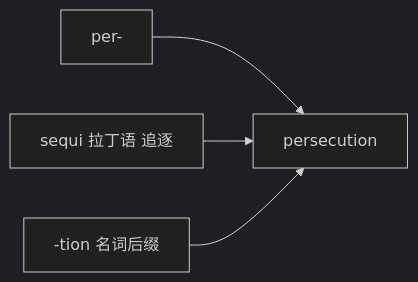
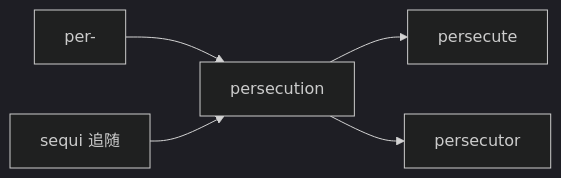
Before and after one commit to seki999/DialogueFlow: the fourth of 5 diagrams in slides_backup/托业单词/20260630/03.md, drawn with Mermaid (dark theme). The commit also changed other lines of this file and 28 other files, not shown here.

````diff
--- a/slides_backup/托业单词/20260630/03.md
+++ b/slides_backup/托业单词/20260630/03.md
@@ -124,6 +158,7 @@
 ```mermaid
 flowchart LR
     A[per-] --> D[persecution]
-    B[sequi 拉丁语 追逐] --> D
-    C[-tion 名词后缀] --> D
+    B[sequi 追随] --> D
+    D --> E[persecute]
+    D --> F[persecutor]
 ```
````
